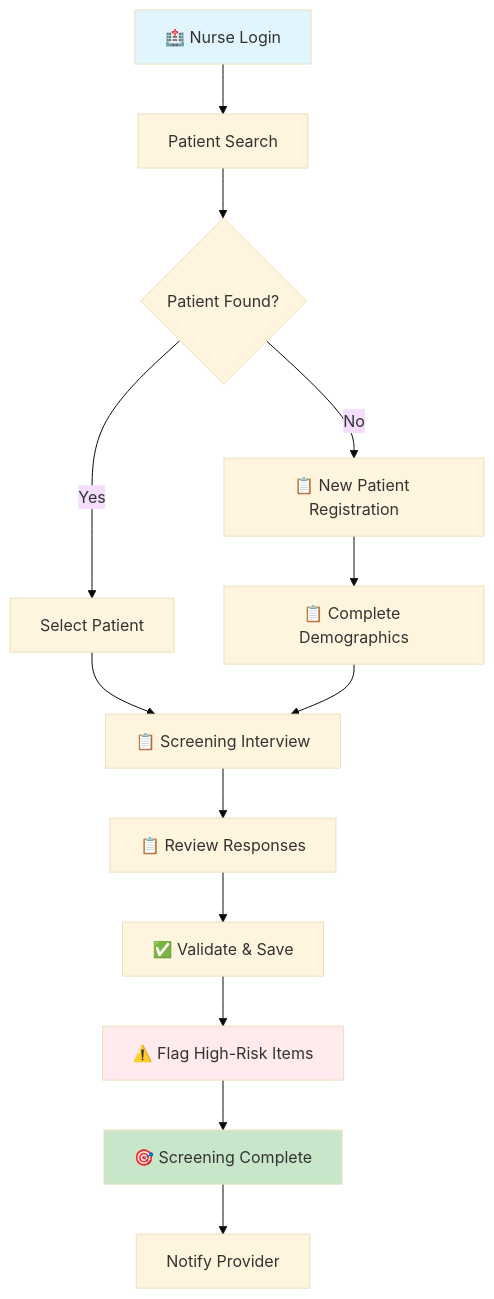
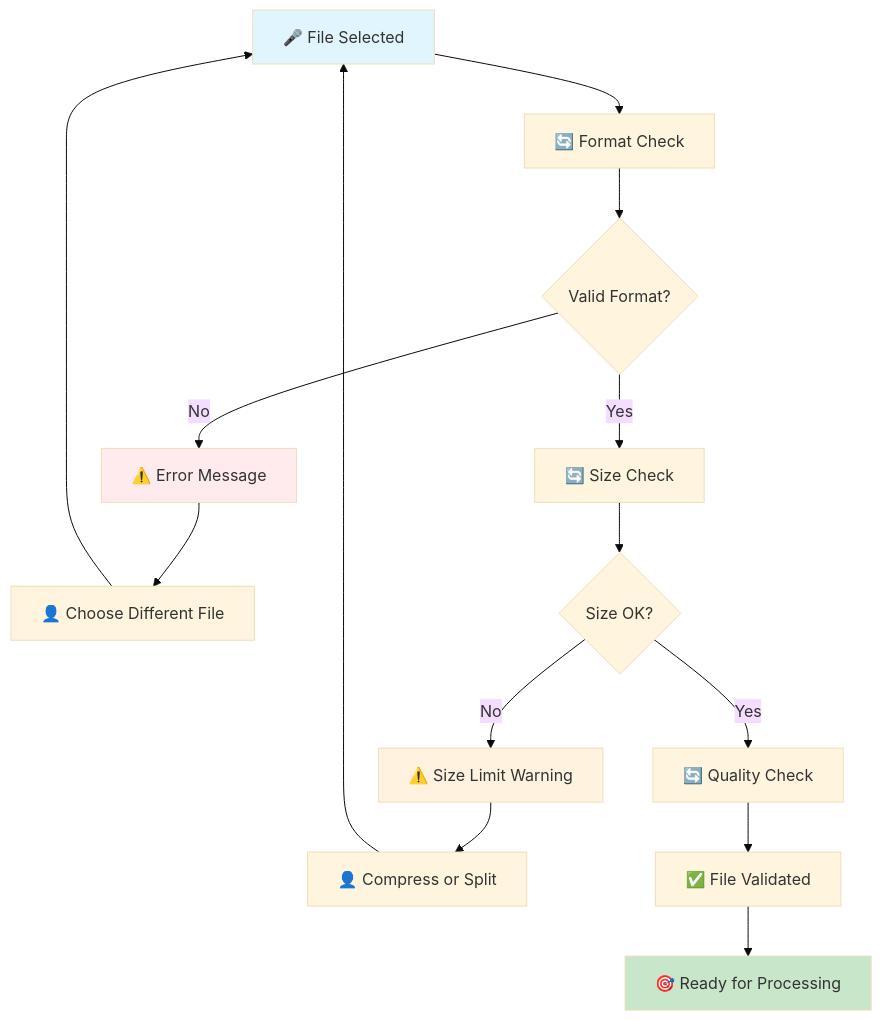
Before and after one commit to Duraman3444/PreExamChartingAgent: the second of 16 diagrams in docs/wireflow-diagrams.md, drawn with Mermaid (base theme). The commit also changed other lines of this file and 5 other files, not shown here.

````diff
--- a/docs/wireflow-diagrams.md
+++ b/docs/wireflow-diagrams.md
@@ -59,19 +59,21 @@
 ```mermaid
 flowchart TD
-    A[🏥 Nurse Login] --> B[Patient Search]
-    B --> C{Patient Found?}
-    C -->|No| D[📋 New Patient Registration]
-    C -->|Yes| E[Select Patient]
-    D --> F[📋 Complete Demographics]
-    E --> G[📋 Screening Interview]
-    F --> G
-    G --> H[📋 Review Responses]
-    H --> I[✅ Validate & Save]
-    I --> J[⚠️ Flag High-Risk Items]
-    J --> K[🎯 Screening Complete]
-    K --> L[Notify Provider]
+    A[🎤 File Selected] --> B[🔄 Format Check]
+    B --> C{Valid Format?}
+    C -->|No| D[⚠️ Error Message]
+    C -->|Yes| E[🔄 Size Check]
+    D --> F[👤 Choose Different File]
+    E --> G{Size OK?}
+    F --> A
+    G -->|No| H[⚠️ Size Limit Warning]
+    G -->|Yes| I[🔄 Quality Check]
+    H --> J[👤 Compress or Split]
+    I --> K[✅ File Validated]
+    J --> A
+    K --> L[🎯 Ready for Processing]
     
     style A fill:#e1f5fe
-    style K fill:#c8e6c9
-    style J fill:#ffebee
+    style L fill:#c8e6c9
+    style D fill:#ffebee
+    style H fill:#fff3e0
 ```
````
